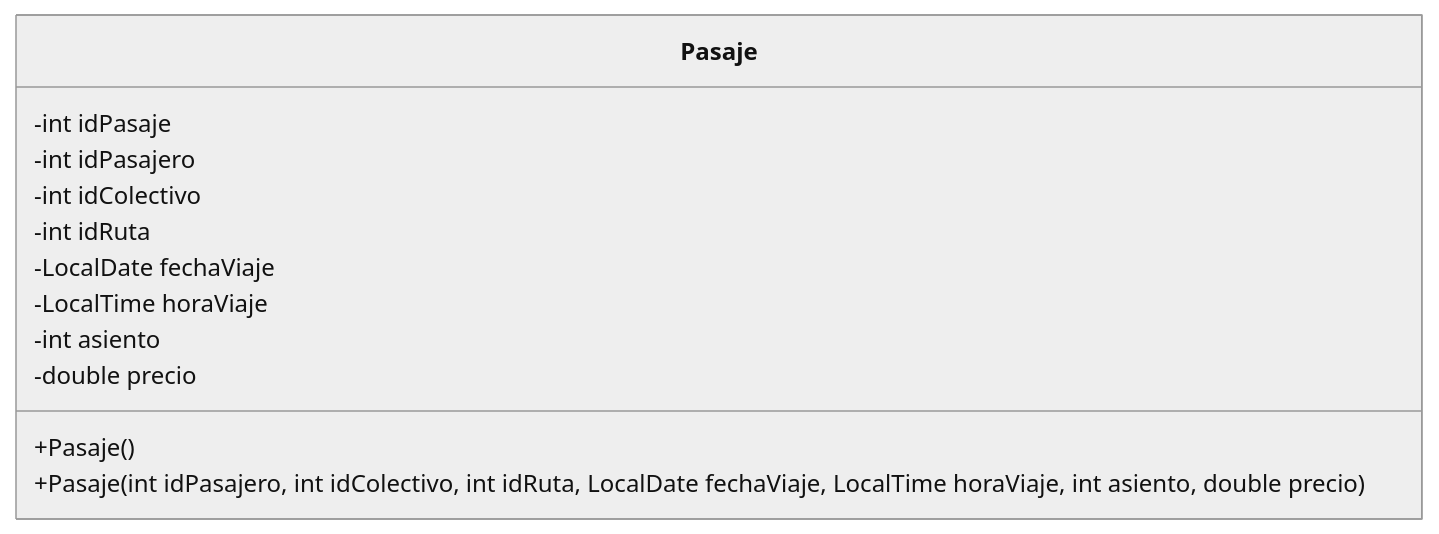
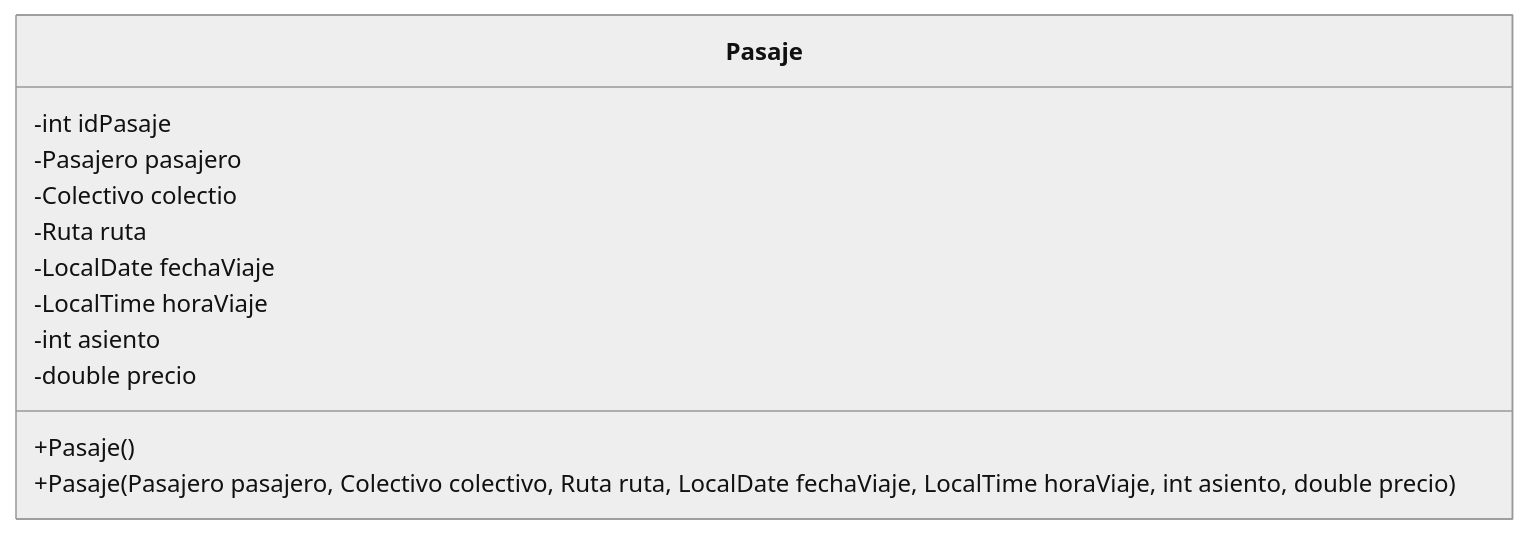
One commit to adamulp/ProyectoFinal-empresa-de-colectivos changed the second of 5 diagrams in EmpresaDeColectivo_Grupo3/src/EmpresaDeColectivo/Entidades/classDiagram.md. Above: the diagram before and after it, drawn with Mermaid (neutral theme).

````diff
--- a/EmpresaDeColectivo_Grupo3/src/EmpresaDeColectivo/Entidades/classDiagram.md
+++ b/EmpresaDeColectivo_Grupo3/src/EmpresaDeColectivo/Entidades/classDiagram.md
@@ -16,15 +16,15 @@
 ```mermaid
 classDiagram
     class Pasaje {
         -int idPasaje
-        -int idPasajero
-        -int idColectivo
-        -int idRuta
+        -Pasajero pasajero
+        -Colectivo colectio
+        -Ruta ruta
         -LocalDate fechaViaje
         -LocalTime horaViaje
         -int asiento
         -double precio
         +Pasaje()
-        +Pasaje(int idPasajero, int idColectivo, int idRuta, LocalDate fechaViaje, LocalTime horaViaje, int asiento, double precio)
+        +Pasaje(Pasajero pasajero, Colectivo colectivo, Ruta ruta, LocalDate fechaViaje, LocalTime horaViaje, int asiento, double precio)
     }
 ```
````
